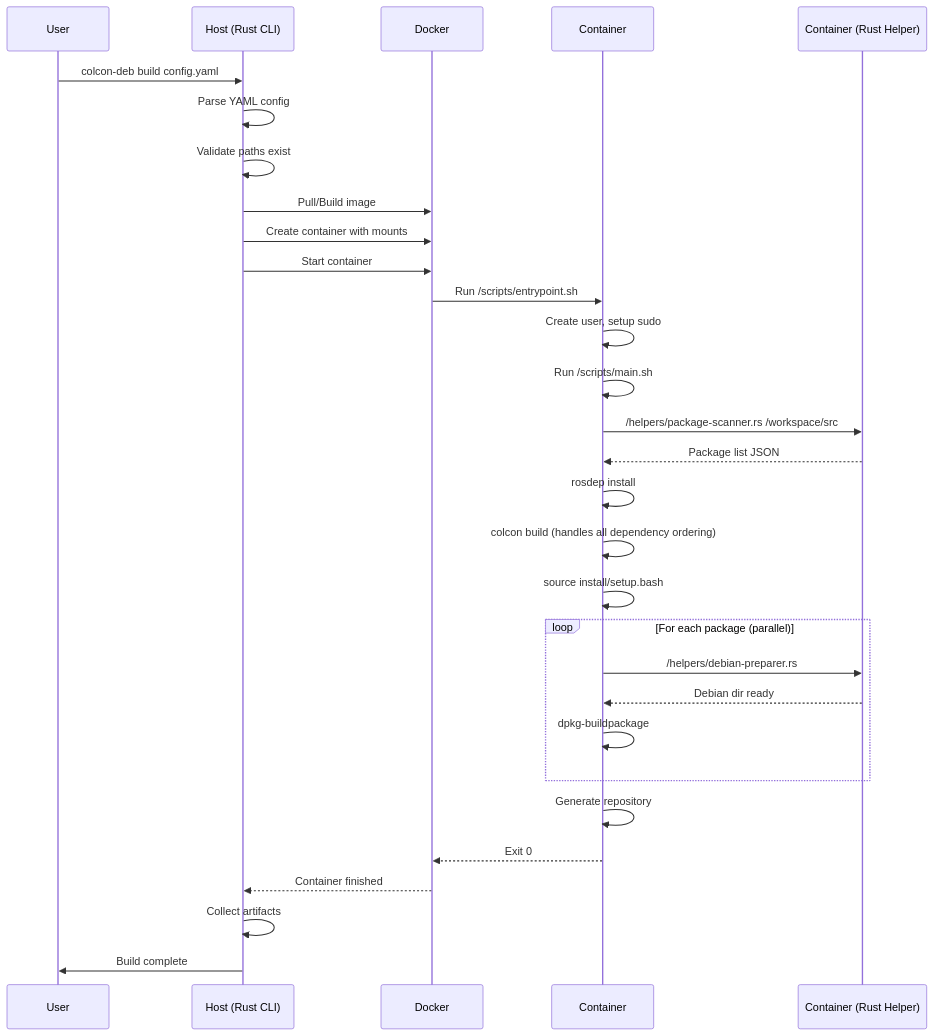
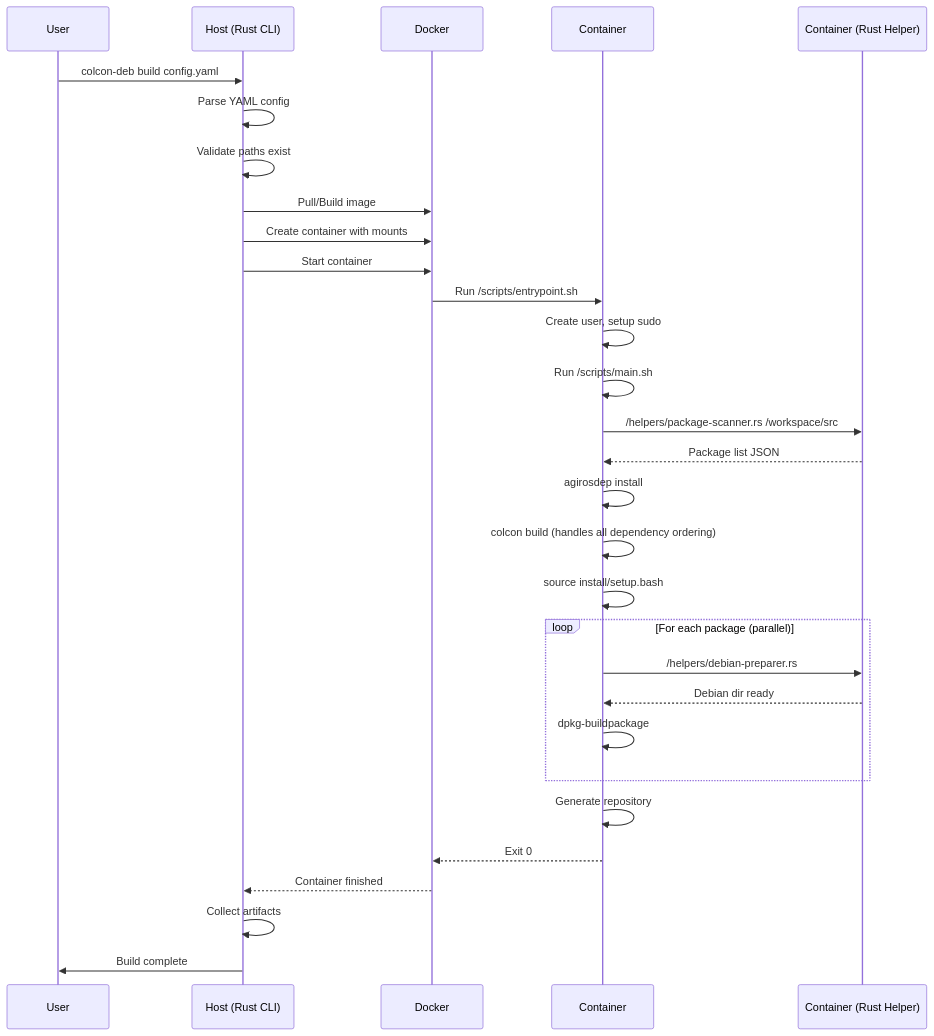
The second of 2 diagrams in doc/ARCH.md (liuhenry946-oss/colcon-debian-packager), drawn with Mermaid before and after one commit. The commit also changed other lines of this file and 49 other files, not shown here.

````diff
--- a/doc/ARCH.md
+++ b/doc/ARCH.md
@@ -199,40 +199,40 @@
 ```mermaid
 sequenceDiagram
     participant User
     participant Host as Host (Rust CLI)
     participant Docker
     participant Container as Container
     participant Helper as Container (Rust Helper)
     
     User->>Host: colcon-deb build config.yaml
     Host->>Host: Parse YAML config
     Host->>Host: Validate paths exist
     
     Host->>Docker: Pull/Build image
     Host->>Docker: Create container with mounts
     Host->>Docker: Start container
     
     Docker->>Container: Run /scripts/entrypoint.sh
     Container->>Container: Create user, setup sudo
     Container->>Container: Run /scripts/main.sh
     
     Container->>Helper: /helpers/package-scanner.rs /workspace/src
     Helper-->>Container: Package list JSON
     
-    Container->>Container: rosdep install
+    Container->>Container: agirosdep install
     Container->>Container: colcon build (handles all dependency ordering)
     Container->>Container: source install/setup.bash
     
     loop For each package (parallel)
         Container->>Helper: /helpers/debian-preparer.rs
         Helper-->>Container: Debian dir ready
         Container->>Container: dpkg-buildpackage
     end
     
     Container->>Container: Generate repository
     Container-->>Docker: Exit 0
     
     Docker-->>Host: Container finished
     Host->>Host: Collect artifacts
     Host->>User: Build complete
 ```
````
